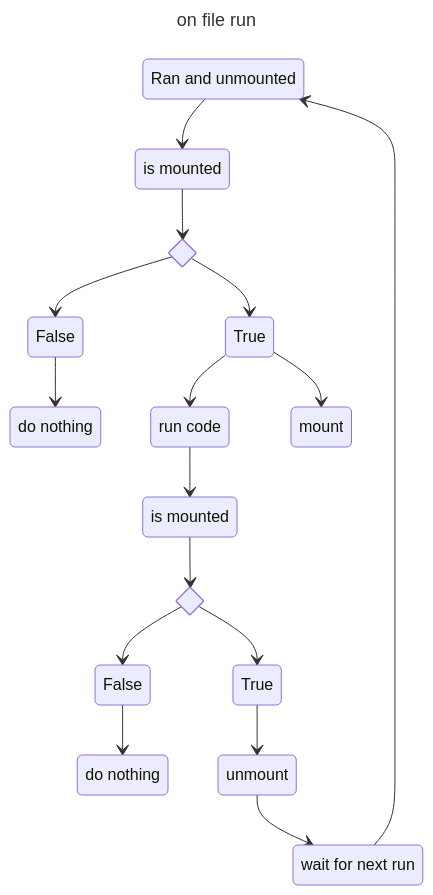
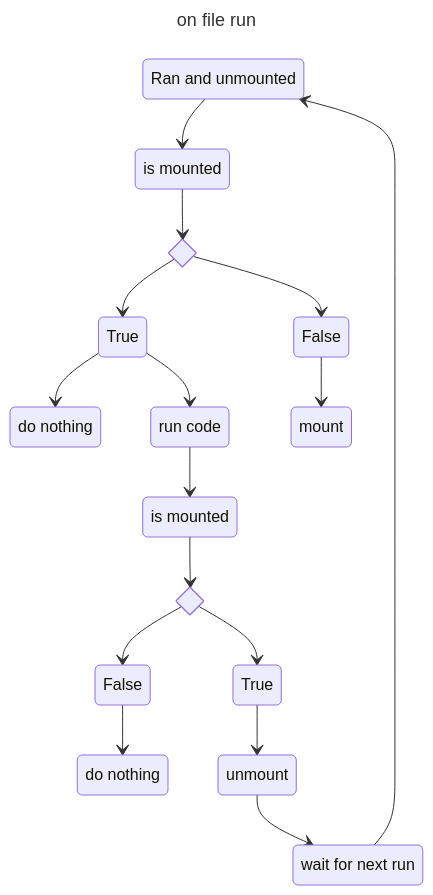
One commit to japhero/ObsidianMain changed the second of 2 diagrams in Areas/Engineering/SMORT/New research.md. Above: the diagram before and after it, drawn with Mermaid. The commit also changed 3 other files, not shown here.

````diff
--- a/Areas/Engineering/SMORT/New research.md
+++ b/Areas/Engineering/SMORT/New research.md
@@ -32,40 +32,40 @@
 ```mermaid
 ---
 title: on file run
 ---
 
 stateDiagram-v2
 
 beg: Ran and unmounted
 quest : is mounted
 nth : do nothing
 
 r: run code
 
 state if_s <<choice>>
 
 beg -->  quest 
 quest --> if_s 
 if_s --> False 
-True -->  mount
+False -->  mount
 if_s --> True
-False --> nth
+True --> nth
 True --> r
 isM: is mounted
 r --> isM
 
 state sif <<choice>>
 isM --> sif
 At : True
 AF : False
 sif --> At
 sif --> AF
 
 dn: do nothing
 AF --> dn
 
 At --> unmount
 wait: wait for next run
 unmount --> wait
 wait -->beg
 ```
````
